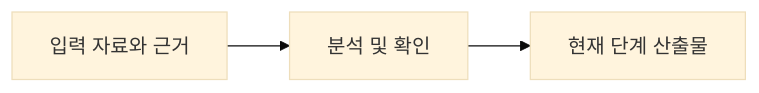
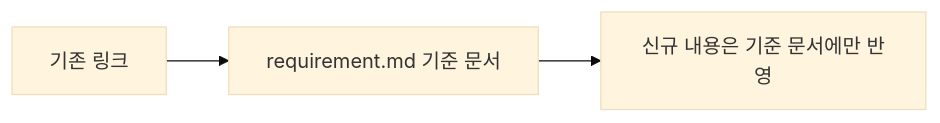
The diagram in sdlc/templates/core/requirement-analysis.md (Seunghyun0606/SDLC_DDD_SDD), drawn with Mermaid (base theme) before and after one commit. The commit also changed other lines of this file, not shown here.

Commit message:
refactor: convert requirement analysis template to legacy reference view

````diff
--- a/sdlc/templates/core/requirement-analysis.md
+++ b/sdlc/templates/core/requirement-analysis.md
@@ -26,4 +25,4 @@
 ```mermaid
 flowchart LR
-    I["입력 자료와 근거"] --> A["분석 및 확인"] --> O["현재 단계 산출물"]
+    L["기존 링크"] --> R["requirement.md 기준 문서"] --> N["신규 내용은 기준 문서에만 반영"]
 ```
````
